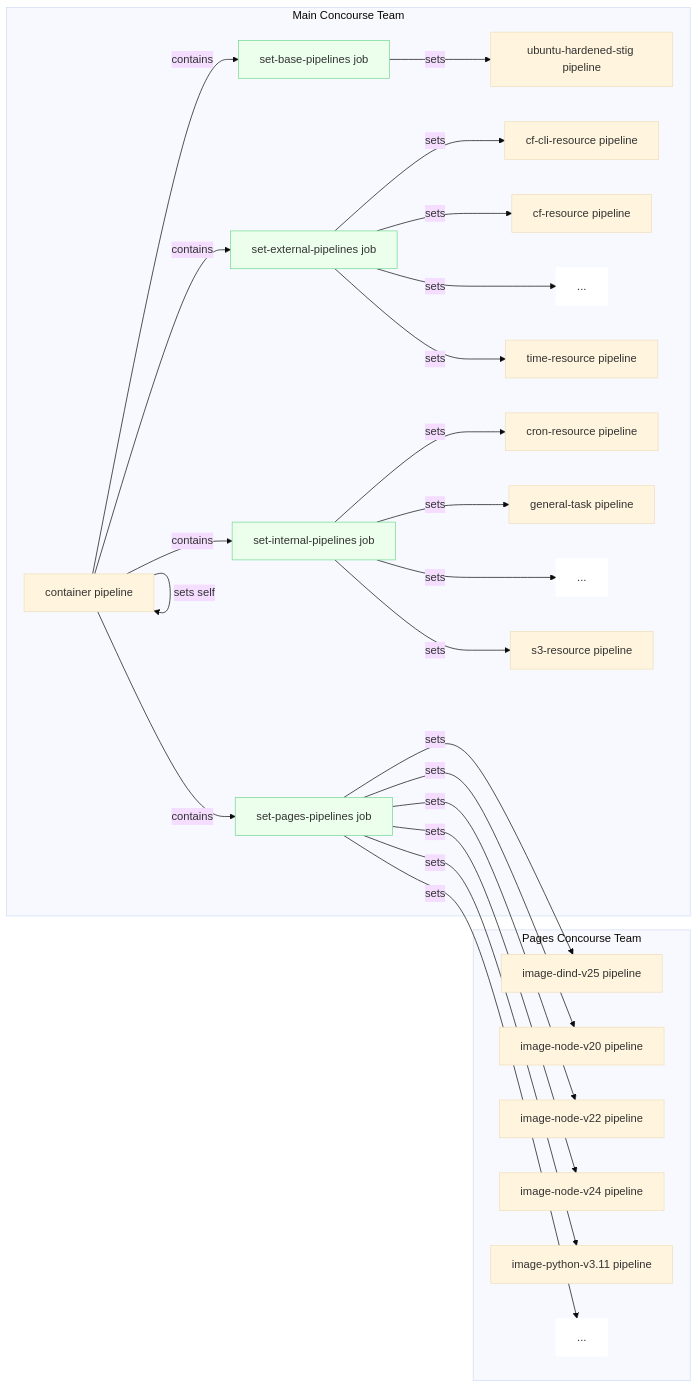
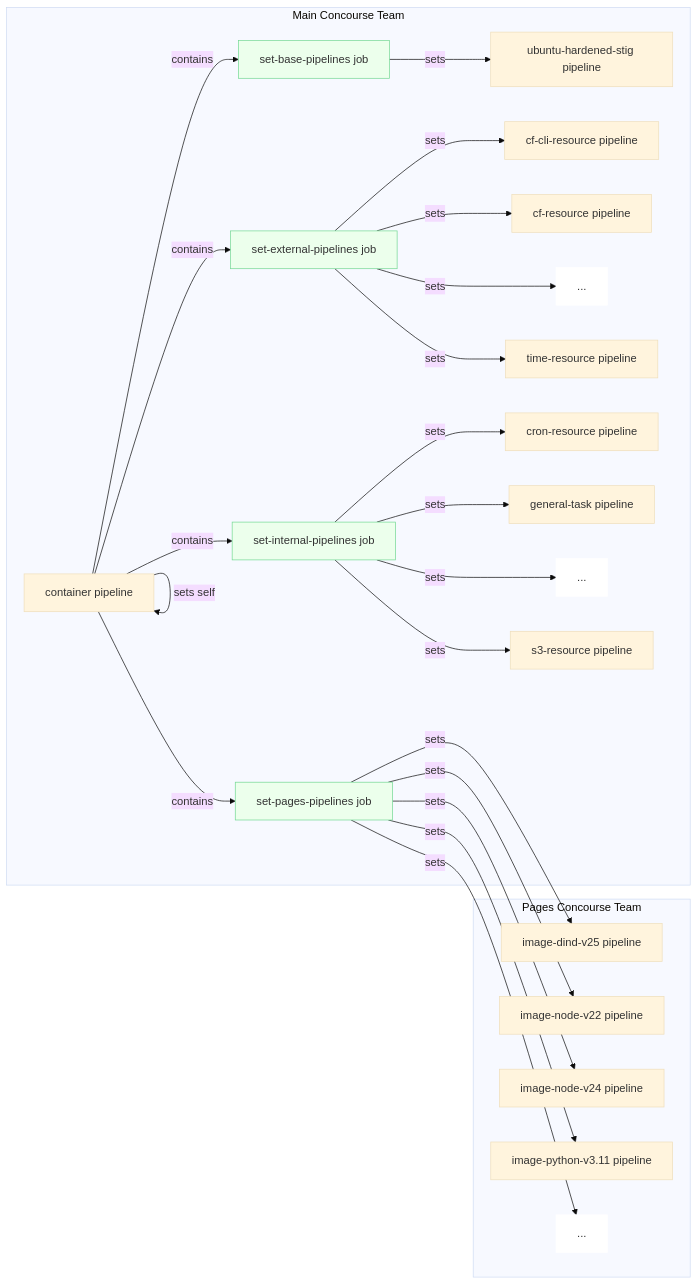
One commit to cloud-gov/common-pipelines changed the diagram in README.md. Above: the diagram before and after it, drawn with Mermaid (base theme).

Commit message:
remove node-v20 reference from readme

````diff
--- a/README.md
+++ b/README.md
@@ -25,33 +25,32 @@
 ```mermaid
 flowchart LR
     classDef ellipses fill:#ffffff,stroke:#ffffff
     classDef job fill:#ecffec,stroke:#73d893
 
     subgraph Main Concourse Team
         container["container pipeline"]
         container -->|sets self| container
         container -->|contains| base["set-base-pipelines job"]:::job
         container -->|contains| external["set-external-pipelines job"]:::job
         container -->|contains| internal["set-internal-pipelines job"]:::job
         container -->|contains| pages["set-pages-pipelines job"]:::job
 
         base -->|sets| ubuntu-hardened-stig["ubuntu-hardened-stig pipeline"]
         external -->|sets| cf-cli-resource["cf-cli-resource pipeline"]
         external -->|sets| cf-resource["cf-resource pipeline"]
         external -->|sets| external-etc["..."]:::ellipses
         external -->|sets| time-resource["time-resource pipeline"]
         internal -->|sets| cron-resource["cron-resource pipeline"]
         internal -->|sets| general-task["general-task pipeline"]
         internal -->|sets| internal-etc["..."]:::ellipses
         internal -->|sets| s3-resource["s3-resource pipeline"]
     end
 
     subgraph Pages Concourse Team
         pages -->|sets| pages-dind-v25["image-dind-v25 pipeline"]
-        pages -->|sets| pages-node-v20["image-node-v20 pipeline"]
         pages -->|sets| pages-node-v22["image-node-v22 pipeline"]
         pages -->|sets| pages-node-v24["image-node-v24 pipeline"]
         pages -->|sets| pages-python-v3["image-python-v3.11 pipeline"]
         pages -->|sets| pages-etc["..."]:::ellipses
     end
 ```
````
